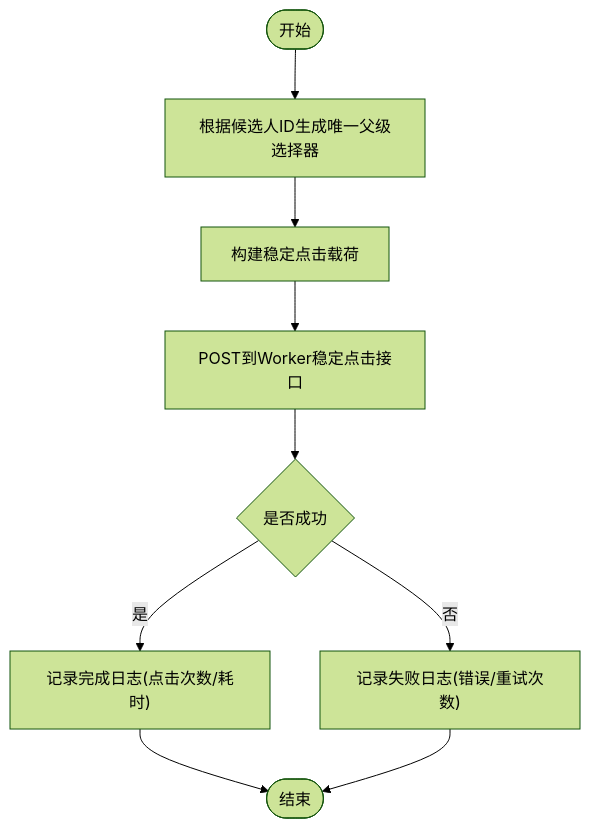
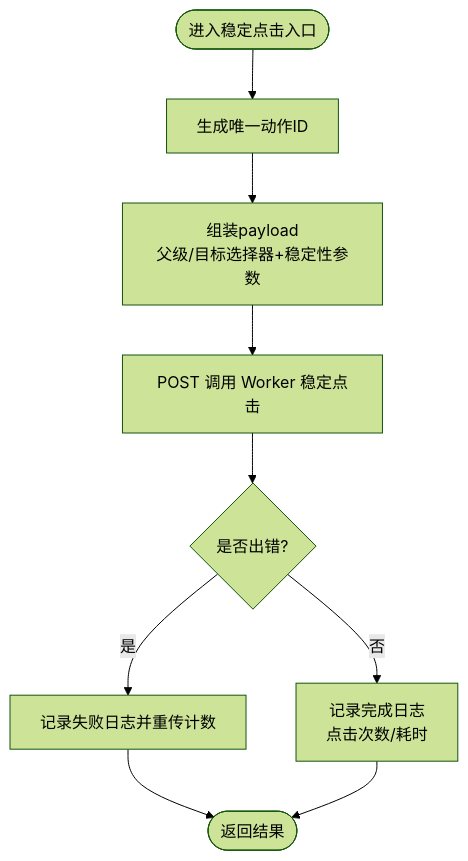
One commit to alvinwangzi/goodhr changed the third of 7 diagrams in .qoder/repowiki/zh/content/本地执行器/平台适配器/猎聘适配器/稳定点击机制.md. Above: the diagram before and after it, drawn with Mermaid (forest theme). The commit also changed other lines of this file and 149 other files, not shown here.

````diff
--- a/.qoder/repowiki/zh/content/本地执行器/平台适配器/猎聘适配器/稳定点击机制.md
+++ b/.qoder/repowiki/zh/content/本地执行器/平台适配器/猎聘适配器/稳定点击机制.md
@@ -137,11 +121,11 @@
 ```mermaid
 flowchart TD
-Start(["开始"]) --> BuildSel["根据候选人ID生成唯一父级选择器"]
-BuildSel --> Payload["构建稳定点击载荷"]
-Payload --> Post["POST到Worker稳定点击接口"]
-Post --> Result{"是否成功"}
-Result --> |是| LogDone["记录完成日志(点击次数/耗时)"]
-Result --> |否| LogErr["记录失败日志(错误/重试次数)"]
-LogDone --> End(["结束"])
-LogErr --> End
+Start(["进入稳定点击入口"]) --> GenID["生成唯一动作ID"]
+GenID --> BuildPayload["组装payload<br/>父级/目标选择器+稳定性参数"]
+BuildPayload --> PostCall["POST 调用 Worker 稳定点击"]
+PostCall --> CheckErr{"是否出错?"}
+CheckErr --> |是| LogFail["记录失败日志并重传计数"]
+CheckErr --> |否| LogDone["记录完成日志<br/>点击次数/耗时"]
+LogFail --> End(["返回结果"])
+LogDone --> End
 ```
````
